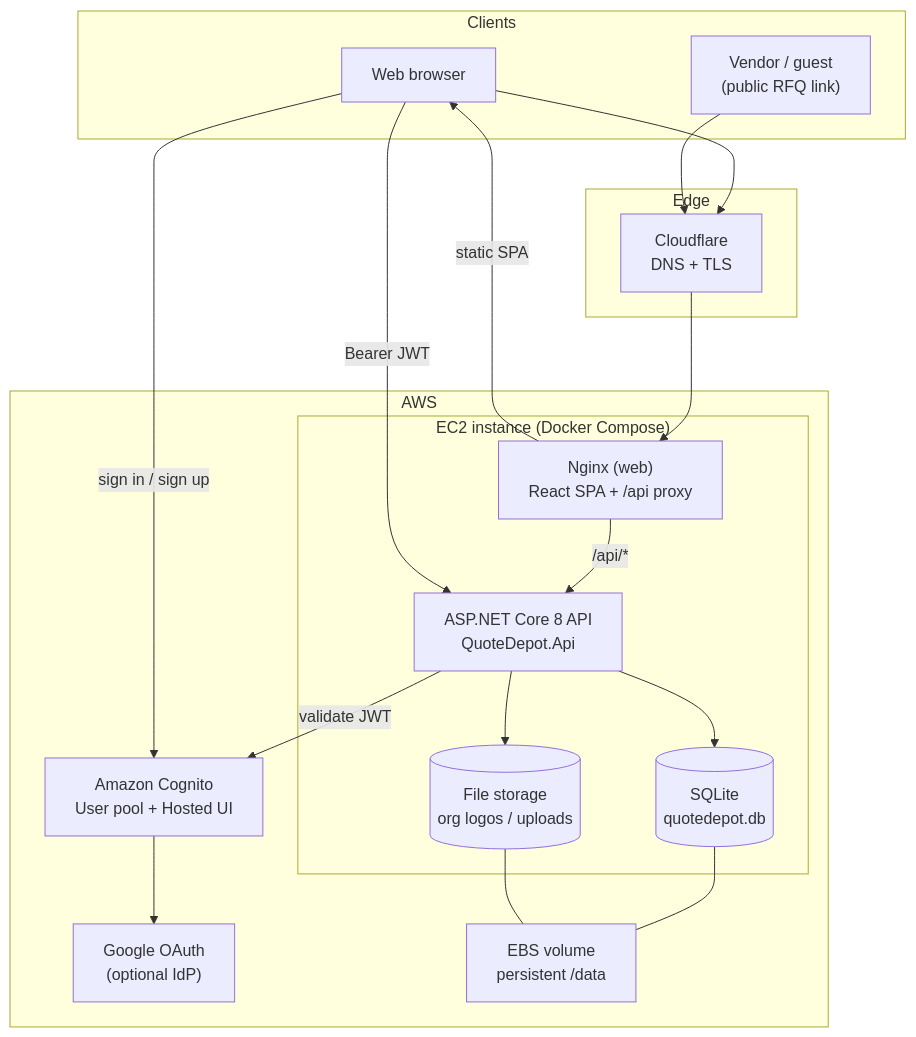
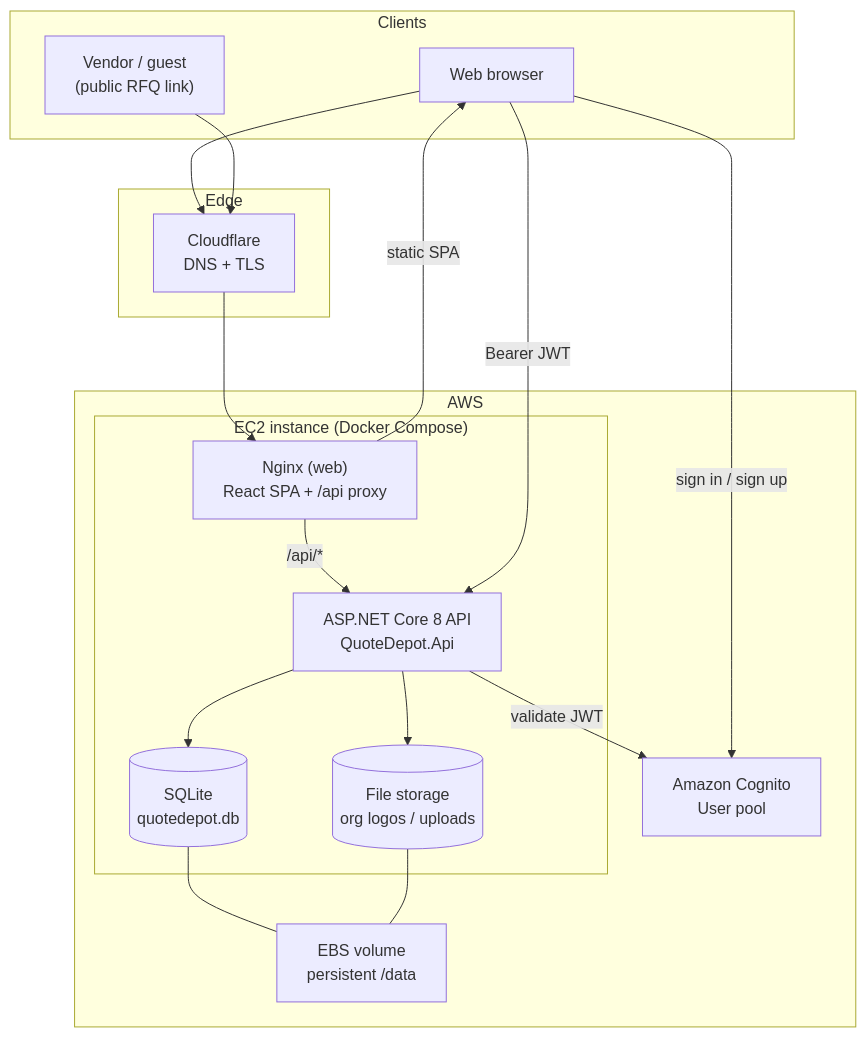
Before and after one commit to shawnmcmahon/warehouse-anywhere-quote-depo: the diagram in README.md, drawn with Mermaid. The commit also changed other lines of this file and 4 other files, not shown here.

First line of the commit message:
Remove Google OAuth references from documentation.

````diff
--- a/README.md
+++ b/README.md
@@ -48,38 +48,36 @@
 ```mermaid
 flowchart TB
     subgraph clients["Clients"]
         Browser["Web browser"]
         Vendor["Vendor / guest<br/>(public RFQ link)"]
     end
 
     subgraph edge["Edge"]
         CF["Cloudflare<br/>DNS + TLS"]
     end
 
     subgraph aws["AWS"]
         subgraph ec2["EC2 instance (Docker Compose)"]
             Nginx["Nginx (web)<br/>React SPA + /api proxy"]
             API["ASP.NET Core 8 API<br/>QuoteDepot.Api"]
             SQLite[("SQLite<br/>quotedepot.db")]
             Uploads[("File storage<br/>org logos / uploads")]
         end
 
-        Cognito["Amazon Cognito<br/>User pool + Hosted UI"]
-        Google["Google OAuth<br/>(optional IdP)"]
+        Cognito["Amazon Cognito<br/>User pool"]
         EBS["EBS volume<br/>persistent /data"]
     end
 
     Browser --> CF
     Vendor --> CF
     CF --> Nginx
     Nginx -->|"/api/*"| API
     Nginx -->|"static SPA"| Browser
     API --> SQLite
     API --> Uploads
     SQLite --- EBS
     Uploads --- EBS
     Browser -->|"sign in / sign up"| Cognito
-    Cognito --> Google
     Browser -->|"Bearer JWT"| API
     API -->|"validate JWT"| Cognito
 ```
````
